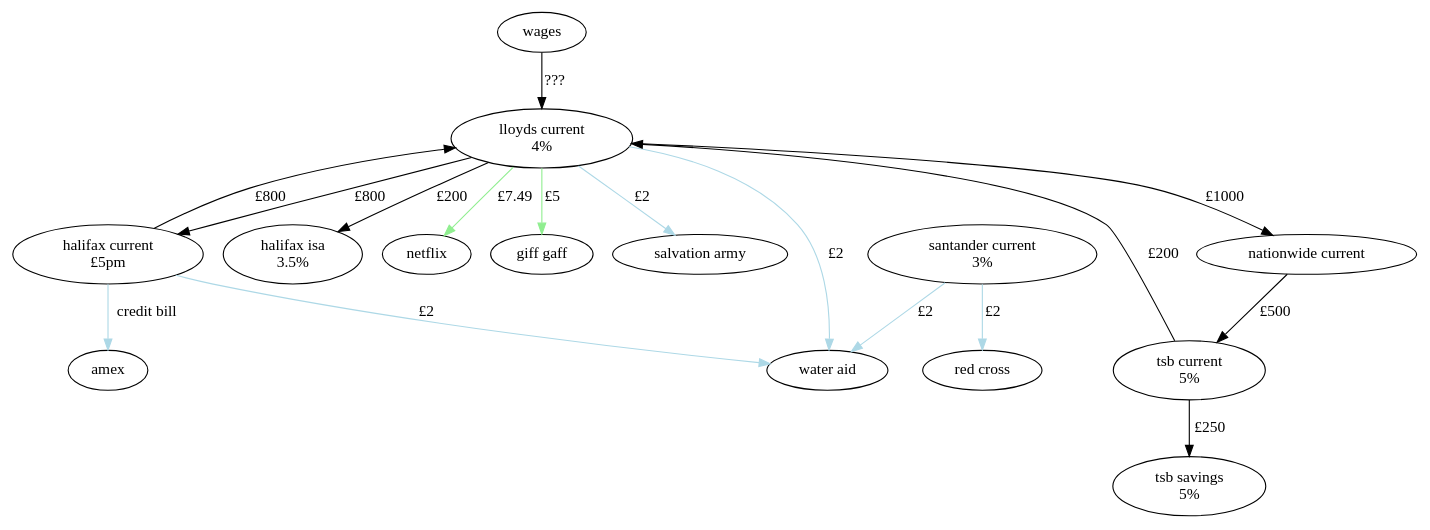
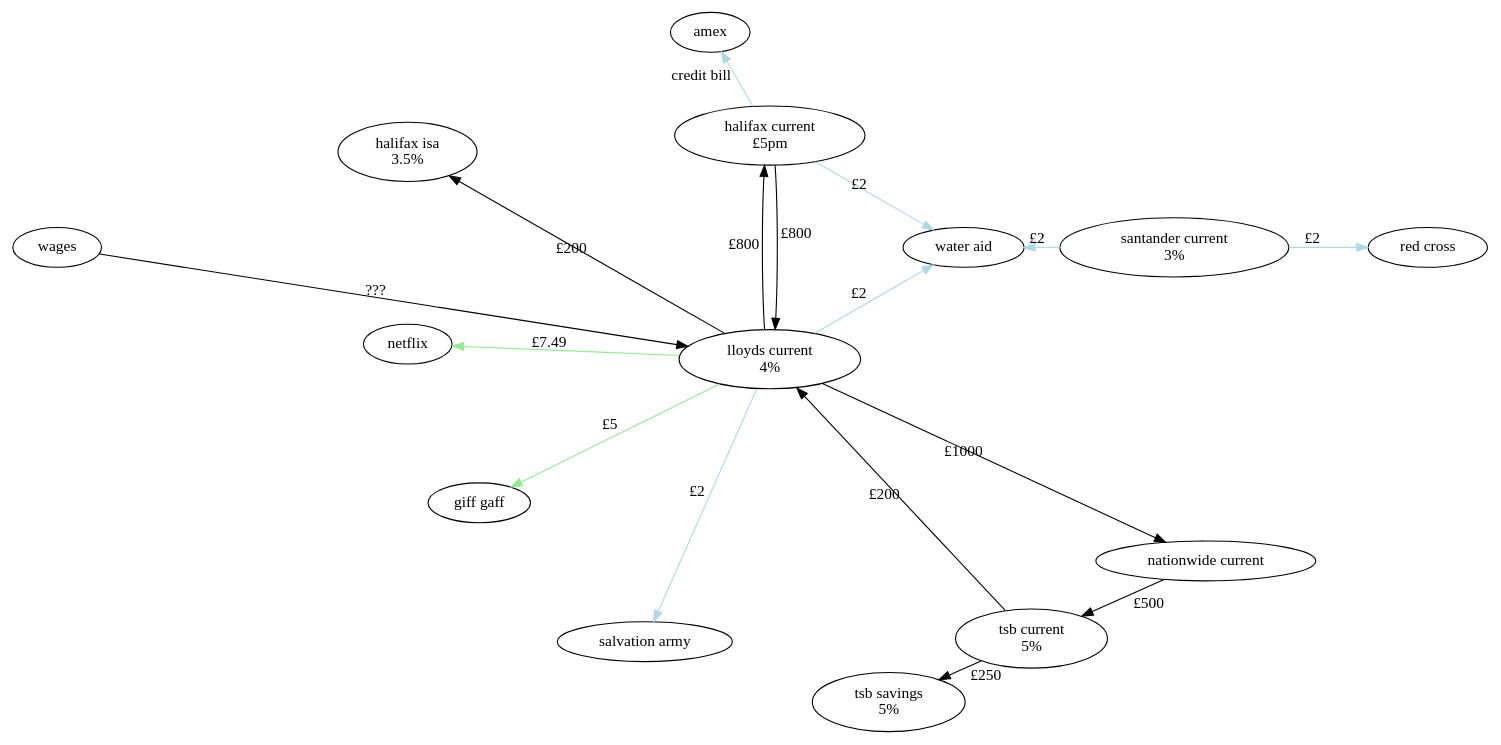
One commit to jsdelivrbot/bank-flow changed the diagram in diagram.dot. Above: the diagram before and after it, drawn with Graphviz. The commit also changed 1 other file, not shown here.

Commit message:
change the diagram layout

```diff
--- a/diagram.dot
+++ b/diagram.dot
@@ -1,33 +1,35 @@
-digraph "bank-flow"{
+digraph "bank-flow" {
+  layout = circo
+
   wages [width="1"];
   lloydsCurrent [label="lloyds current\n4%"];
   tsbCurrent [label="tsb current\n5%"];
   tsbSavings [label="tsb savings\n5%"];
   halifaxCurrent [label="halifax current\n£5pm"];
   halifaxIsa [label="halifax isa\n3.5%"];
   netflix;
   giffGaff [label="giff gaff"];
   santander [label="santander current\n3%"];
   salvationArmy [label="salvation army"];
   waterAid [label="water aid"];
   amex;
   redCross [label="red cross"];
   nationwideCurrent [label="nationwide current"];
 
   santander -> waterAid [color="lightblue", label="£2"];
   santander -> redCross [color="lightblue", label="£2"];
   wages -> lloydsCurrent [label="???"];
   lloydsCurrent -> netflix [color="lightgreen", label="£7.49"];
   lloydsCurrent -> giffGaff [color="lightgreen", label="£5"];
   lloydsCurrent -> salvationArmy [color="lightblue", label="£2"];
   lloydsCurrent -> waterAid [color="lightblue", label="£2"];
   lloydsCurrent -> halifaxCurrent [label="£800"];
   lloydsCurrent -> nationwideCurrent [label="£1000"];
   nationwideCurrent -> tsbCurrent [label="£500"];
   halifaxCurrent -> lloydsCurrent [label="£800"];
   lloydsCurrent -> halifaxIsa [label="£200"];
   tsbCurrent -> tsbSavings [label="£250"];
   tsbCurrent -> lloydsCurrent [label="£200"];
   halifaxCurrent -> waterAid [color="lightblue", label="£2"];
   halifaxCurrent -> amex [color="lightblue", label="credit bill"];
 }
```
